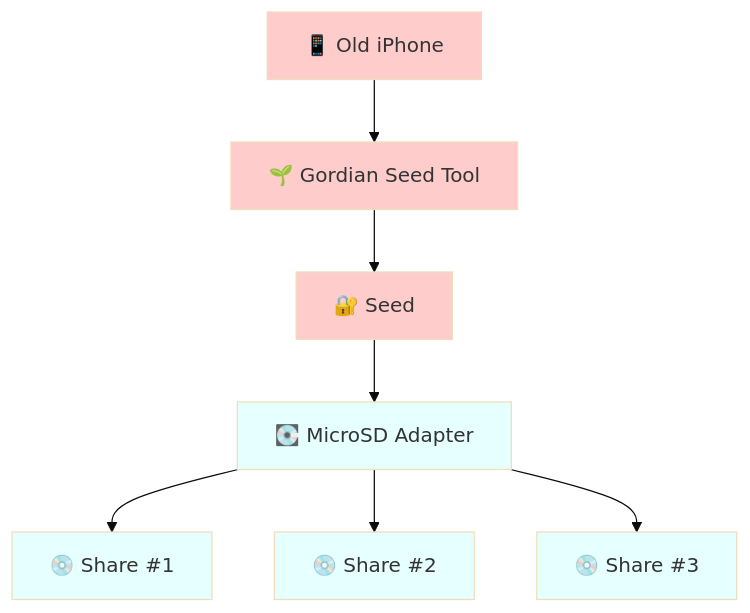
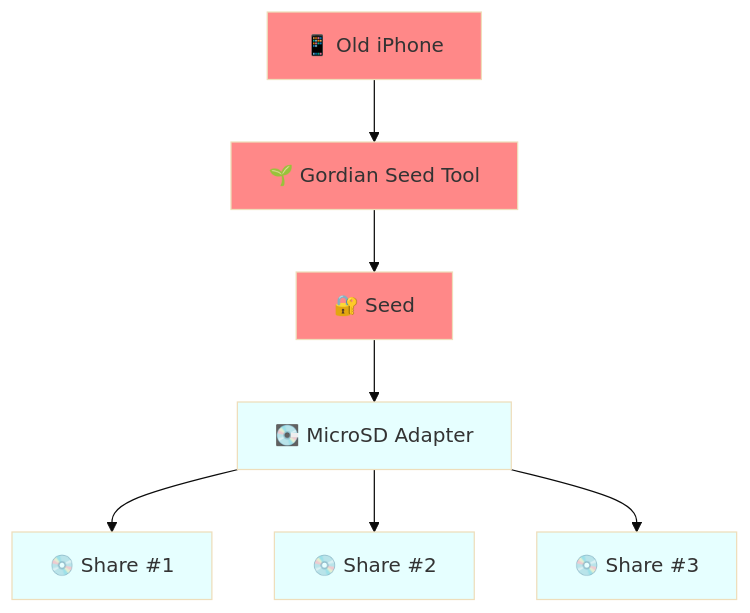
Diagram 11 of 26 in Docs/Scenario-Multisig.md (BlockchainCommons/SmartCustody), drawn with Mermaid (base theme) before and after one commit. The commit also changed other lines of this file, not shown here.

````diff
--- a/Docs/Scenario-Multisig.md
+++ b/Docs/Scenario-Multisig.md
@@ -402,24 +402,24 @@
 ```mermaid
     graph TD;
     A["📱 Old iPhone"]
     B["🌱 Gordian Seed Tool"]
     C["🔐 Seed"]
     H["💽 MicroSD Adapter"]
     I["💿 Share #1"]
     J["💿 Share #2"]
     K["💿 Share #3"]
     
     A-->B-->C
     C-->H
     H-->I
     H-->J
     H-->K
   
-    style A fill:#ffcccc;
-style B fill:#ffcccc;
-style C fill:#ffcccc;
+    style A fill:#ff8888;
+style B fill:#ff8888;
+style C fill:#ff8888;
 style H fill:#e6ffff;
 style I fill:#e6ffff;
 style J fill:#e6ffff;
 style K fill:#e6ffff;
 ```
````
